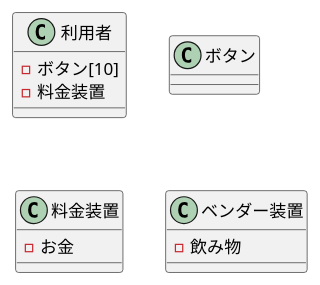
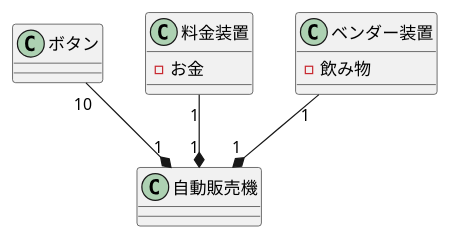
The diagram in 演6-4-1_クラス図_自動販売機.pu (kikuchihibiki/uml-introduction), drawn with PlantUML before and after one commit.

Commit message:
演習

```diff
--- a/演6-4-1_クラス図_自動販売機.pu
+++ b/演6-4-1_クラス図_自動販売機.pu
@@ -1,22 +1,19 @@
 @startuml
-class 利用者{
-    -ボタン[10]
-    -料金装置
-    
-}
-
 class ボタン{
     
 }
 
 class 料金装置{
     -お金
     
 }
 
 class ベンダー装置{
     -飲み物
     
 }
 
+ボタン "10" --* "1" 自動販売機
+料金装置 "1" --* "1" 自動販売機
+ベンダー装置 "1" --* "1" 自動販売機
 @enduml
```
